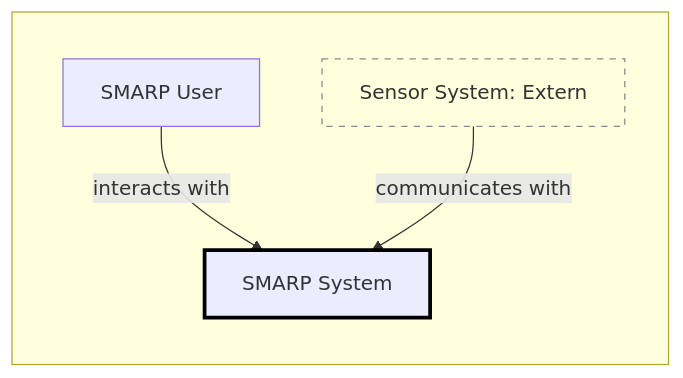
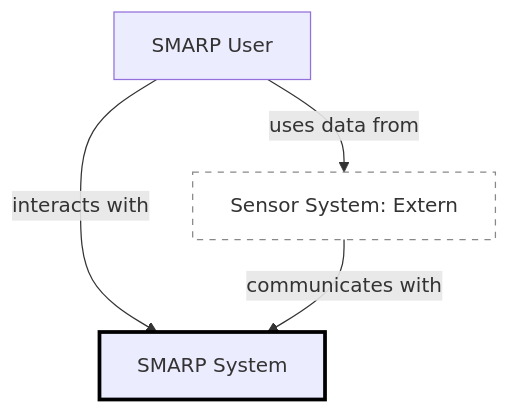
Before and after one commit to teko-smart-parking/smart-parking: the diagram in docs/charts/C4_Level_1_Context.md, drawn with Mermaid.

Commit message:
Update C4_Level_1_Context.md
V4

````diff
--- a/docs/charts/C4_Level_1_Context.md
+++ b/docs/charts/C4_Level_1_Context.md
@@ -8,13 +8,12 @@
 ```mermaid
+
 graph TD
-    subgraph DiagramBorder[ ]
-        direction TB
-        A[SMARP System]:::thickBorder
-        B[SMARP User] -->|interacts with| A
-        C[Sensor System: Extern]:::external -->|communicates with| A
-    end
+    A[SMARP System]:::thickBorder
+    B[SMARP User] -->|interacts with| A
+    C[Sensor System: Extern]:::external -->|communicates with| A
+    B -->|uses data from| C
 
     classDef thickBorder stroke-width:3px,stroke:#000;
     classDef external stroke-dasharray: 5 5, fill:none, stroke:#888;
 
 ```
````
